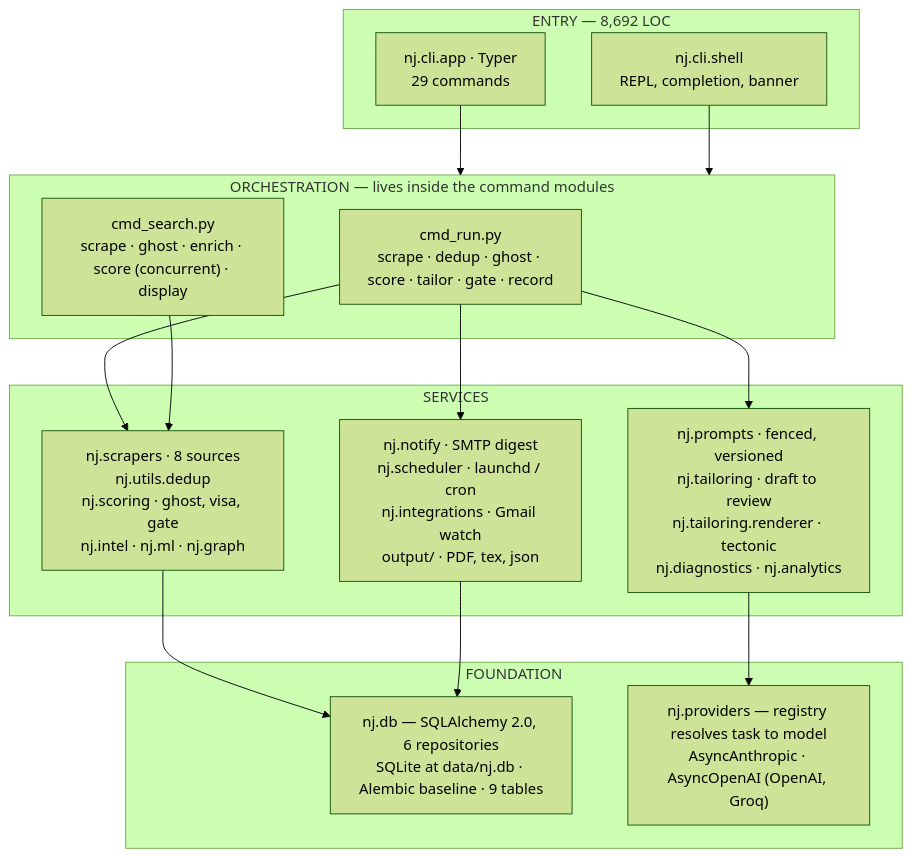
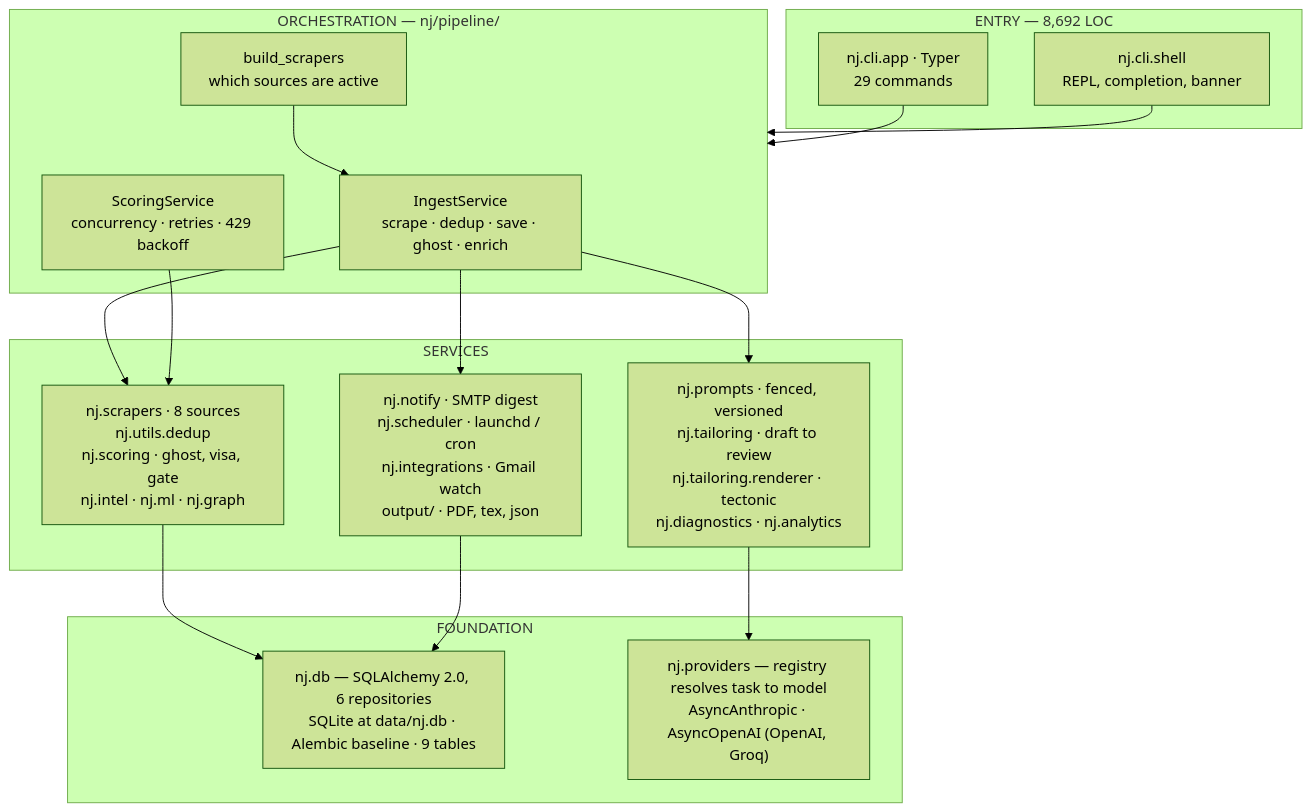
The first of 4 diagrams in docs/ARCHITECTURE.md (ZocNishant/nj-cli), drawn with Mermaid (forest theme) before and after one commit. The commit also changed other lines of this file and 49 other files, not shown here.

First line of the commit message:
fix: close 13 of the 18 architecture backlog items (#5)

````diff
--- a/docs/ARCHITECTURE.md
+++ b/docs/ARCHITECTURE.md
@@ -92,33 +92,35 @@
 ```mermaid
 flowchart TD
   subgraph ENTRY["ENTRY — 8,692 LOC"]
     A1["nj.cli.app · Typer<br/>29 commands"]
     A2["nj.cli.shell<br/>REPL, completion, banner"]
   end
 
-  subgraph ORCH["ORCHESTRATION — lives inside the command modules"]
-    B1["cmd_run.py<br/>scrape · dedup · ghost · score · tailor · gate · record"]
-    B2["cmd_search.py<br/>scrape · ghost · enrich · score (concurrent) · display"]
+  subgraph ORCH["ORCHESTRATION — nj/pipeline/"]
+    B1["IngestService<br/>scrape · dedup · save · ghost · enrich"]
+    B2["ScoringService<br/>concurrency · retries · 429 backoff"]
+    B3["build_scrapers<br/>which sources are active"]
   end
 
   subgraph SVC["SERVICES"]
     C1["nj.scrapers · 8 sources<br/>nj.utils.dedup<br/>nj.scoring · ghost, visa, gate<br/>nj.intel · nj.ml · nj.graph"]
     C2["nj.prompts · fenced, versioned<br/>nj.tailoring · draft to review<br/>nj.tailoring.renderer · tectonic<br/>nj.diagnostics · nj.analytics"]
     C3["nj.notify · SMTP digest<br/>nj.scheduler · launchd / cron<br/>nj.integrations · Gmail watch<br/>output/ · PDF, tex, json"]
   end
 
   subgraph BASE["FOUNDATION"]
     D1["nj.db — SQLAlchemy 2.0, 6 repositories<br/>SQLite at data/nj.db · Alembic baseline · 9 tables"]
     D2["nj.providers — registry resolves task to model<br/>AsyncAnthropic · AsyncOpenAI (OpenAI, Groq)"]
   end
 
   A1 --> ORCH
   A2 --> ORCH
+  B3 --> B1
   B1 --> C1
+  B2 --> C1
   B1 --> C2
   B1 --> C3
-  B2 --> C1
   C1 --> D1
   C2 --> D2
   C3 --> D1
 ```
````
